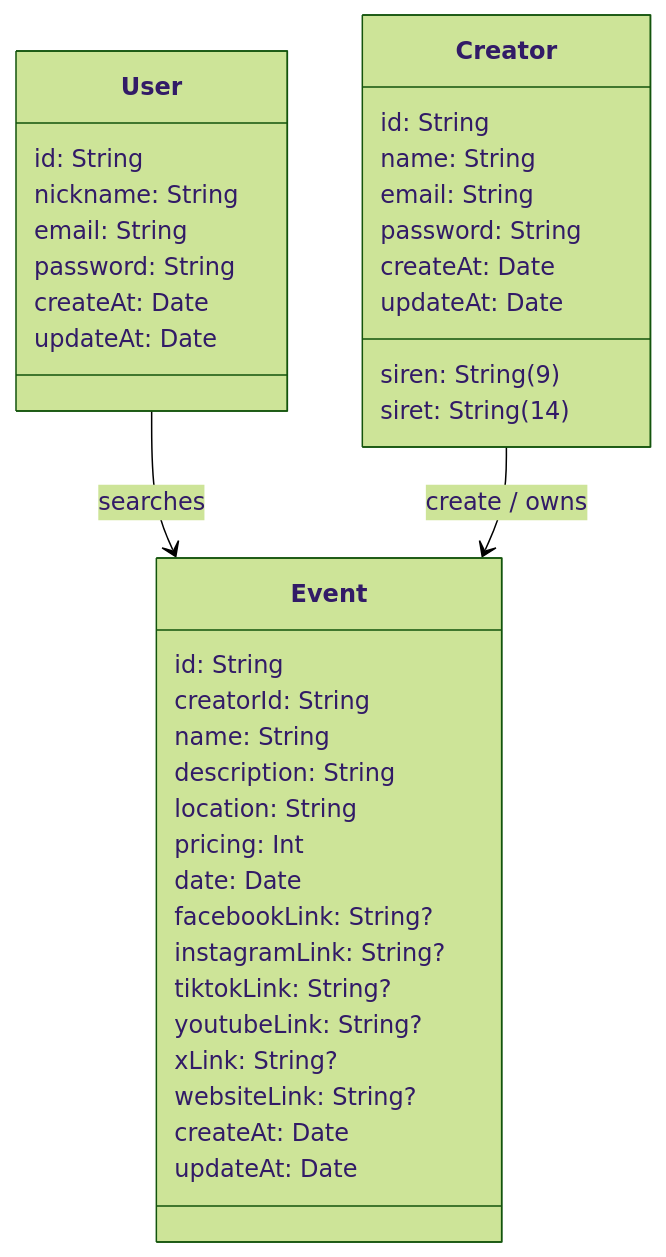
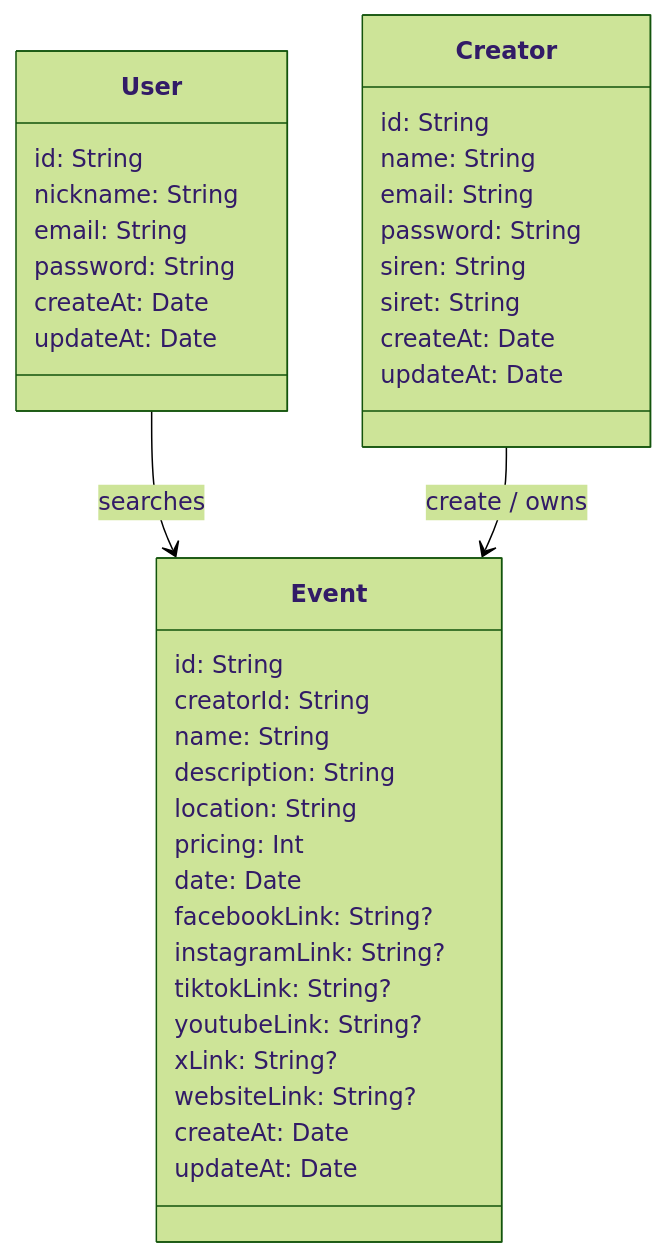
Before and after one commit to vlldnt/Portfolio-IAKOA: the diagram in doc/2-Technical_Documentation.md, drawn with Mermaid (forest theme).

Commit message:
fix: code in mermaid

````diff
--- a/doc/2-Technical_Documentation.md
+++ b/doc/2-Technical_Documentation.md
@@ -56,44 +56,44 @@
 ```mermaid
 classDiagram
 
 class User {
   id: String
   nickname: String
   email: String
   password: String
   createAt: Date
   updateAt: Date
 }
 
 class Creator {
   id: String
   name: String
   email: String
   password: String
-  siren: String (9)
-  siret: String (14)
+  siren: String
+  siret: String
   createAt: Date
   updateAt: Date
 }
 
 class Event {
   id: String
   creatorId: String
   name: String
   description: String
   location: String
   pricing: Int
   date: Date
   facebookLink: String?
   instagramLink: String?
   tiktokLink: String?
   youtubeLink: String?
   xLink: String?
   websiteLink: String?
   createAt: Date
   updateAt: Date
 }
 
 User --> Event : searches
 Creator --> Event : create / owns
 ```
````
